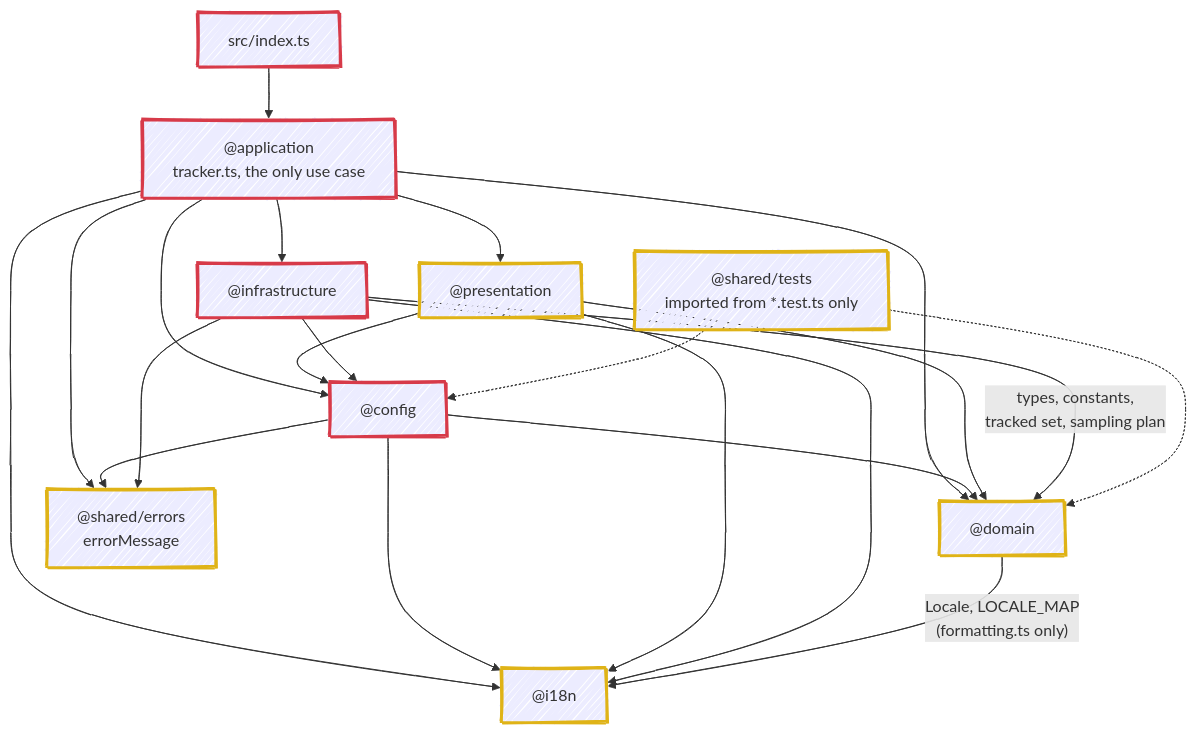
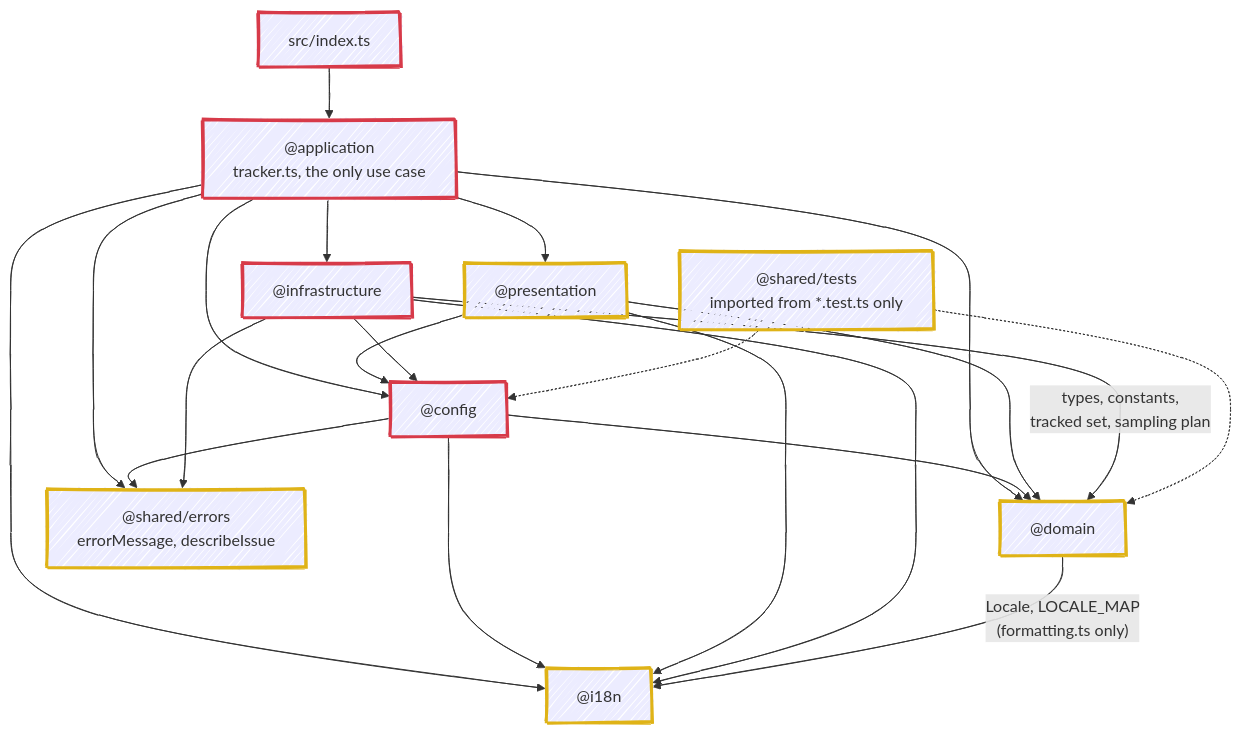
Before and after one commit to fbuireu/github-star-tracker: the diagram in ARCHITECTURE.md, drawn with Mermaid. The commit also changed other lines of this file and 37 other files, not shown here.

````diff
--- a/ARCHITECTURE.md
+++ b/ARCHITECTURE.md
@@ -18,37 +18,37 @@
 ```mermaid
 ---
 config:
   look: handDrawn
   layout: dagre
 ---
 flowchart TD
     idx["src/index.ts"] --> app["@application<br/>tracker.ts, the only use case"]
 
     app --> cfg["@config"]
     app --> infra["@infrastructure"]
     app --> pres["@presentation"]
     app --> dom["@domain"]
     app --> i18n["@i18n"]
 
     cfg --> dom
     cfg --> i18n
     pres --> cfg
     pres --> dom
     pres --> i18n
     infra --> cfg
     infra -->|types, constants,<br/>tracked set, sampling plan| dom
     infra --> i18n
     dom -->|"Locale, LOCALE_MAP<br/>(formatting.ts only)"| i18n
 
-    app --> err["@shared/errors<br/>errorMessage"]
+    app --> err["@shared/errors<br/>errorMessage, describeIssue"]
     cfg --> err
     infra --> err
 
     test["@shared/tests<br/>imported from *.test.ts only"] -.-> cfg
     test -.-> dom
 
     classDef pure stroke:#dfb317,stroke-width:3px
     classDef shell stroke:#d73a49,stroke-width:3px
     class dom,pres,i18n,test,err pure
     class idx,app,cfg,infra shell
 ```
````
